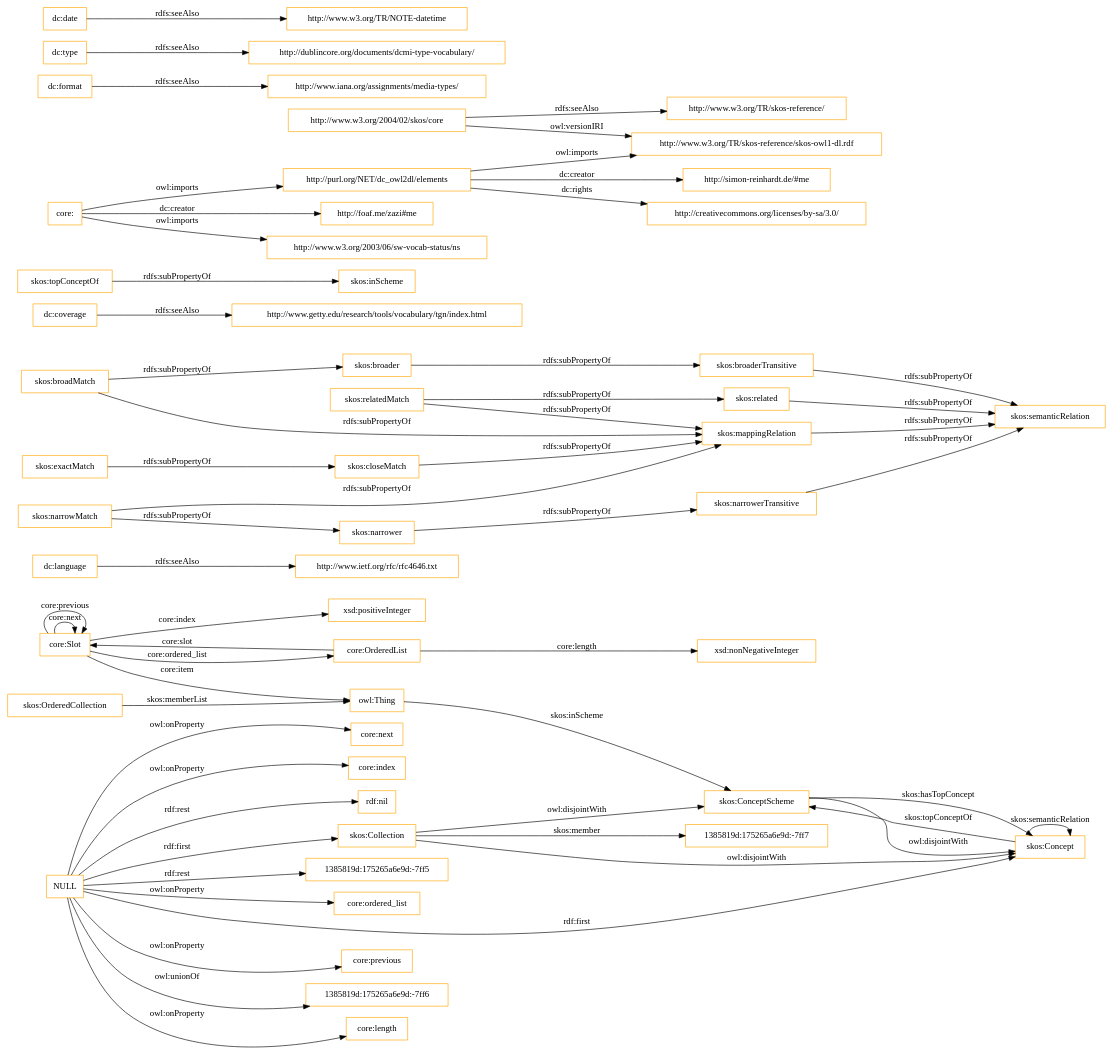
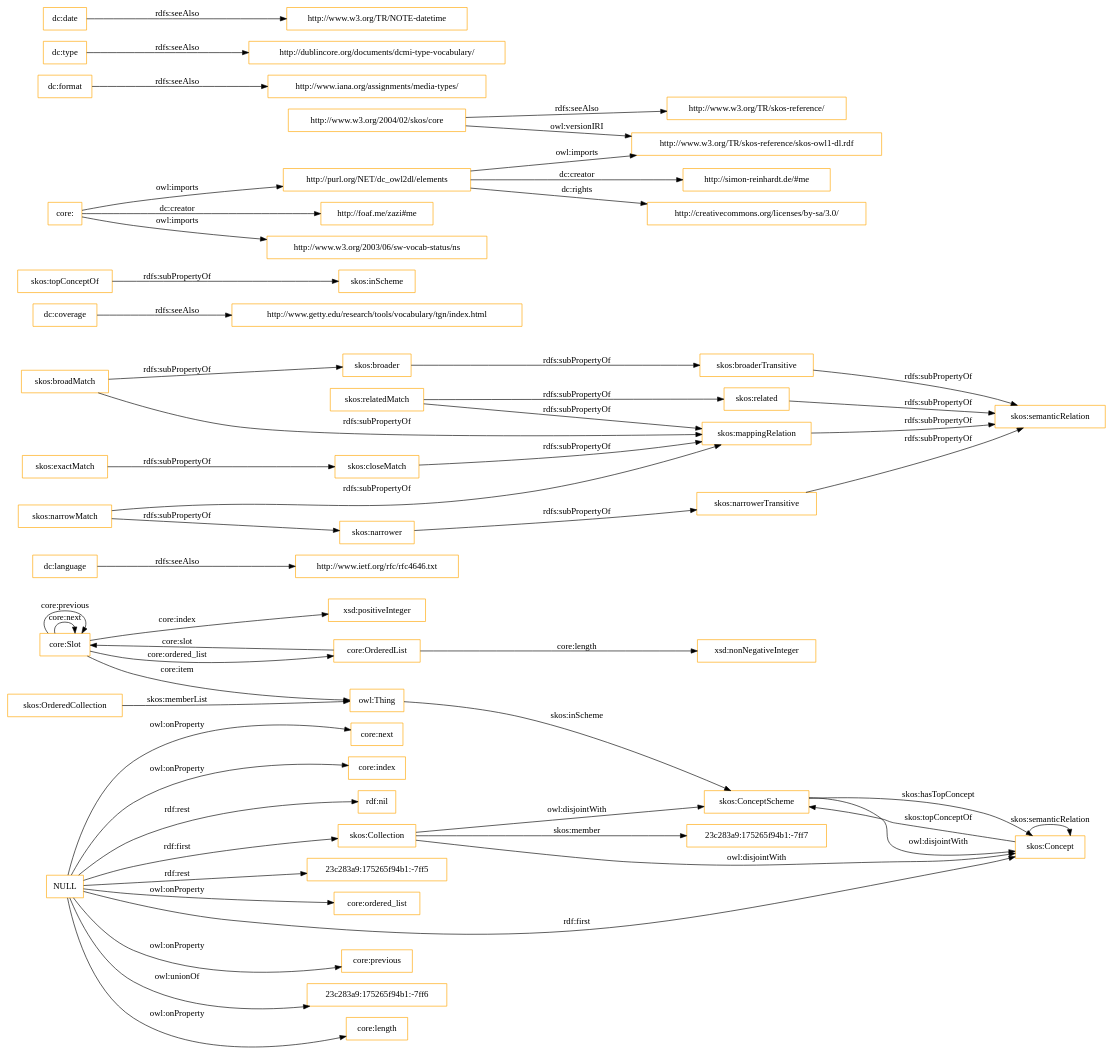
One commit to OnToologyUser/core-ontology-1 changed the diagram in OnToology/imports/core.owl/diagrams/ar2dtool-class/core.owl.png.dot. Above: the diagram before and after it, drawn with Graphviz. The commit also changed 14 other files, not shown here.

```diff
--- a/OnToology/imports/core.owl/diagrams/ar2dtool-class/core.owl.png.dot
+++ b/OnToology/imports/core.owl/diagrams/ar2dtool-class/core.owl.png.dot
@@ -1,60 +1,60 @@
 digraph ar2dtool_diagram { 
 rankdir=LR;
 size="1501"
-node [shape = rectangle, color="orange"]; "core:Slot" "core:OrderedList" "1385819d:175265a6e9d:-7ff7" "skos:OrderedCollection" "skos:Collection" "skos:ConceptScheme" "skos:Concept" ; /*classes style*/
+node [shape = rectangle, color="orange"]; "core:Slot" "core:OrderedList" "23c283a9:175265f94b1:-7ff7" "skos:OrderedCollection" "skos:Collection" "skos:ConceptScheme" "skos:Concept" ; /*classes style*/
 	"dc:language" -> "http://www.ietf.org/rfc/rfc4646.txt" [ label = "rdfs:seeAlso" ];
 	"NULL" -> "core:previous" [ label = "owl:onProperty" ];
-	"NULL" -> "1385819d:175265a6e9d:-7ff6" [ label = "owl:unionOf" ];
+	"NULL" -> "23c283a9:175265f94b1:-7ff6" [ label = "owl:unionOf" ];
 	"NULL" -> "core:length" [ label = "owl:onProperty" ];
 	"NULL" -> "skos:Concept" [ label = "rdf:first" ];
 	"NULL" -> "core:next" [ label = "owl:onProperty" ];
 	"NULL" -> "core:index" [ label = "owl:onProperty" ];
 	"NULL" -> "rdf:nil" [ label = "rdf:rest" ];
-	"NULL" -> "1385819d:175265a6e9d:-7ff5" [ label = "rdf:rest" ];
+	"NULL" -> "23c283a9:175265f94b1:-7ff5" [ label = "rdf:rest" ];
 	"NULL" -> "core:ordered_list" [ label = "owl:onProperty" ];
 	"NULL" -> "skos:Collection" [ label = "rdf:first" ];
 	"skos:closeMatch" -> "skos:mappingRelation" [ label = "rdfs:subPropertyOf" ];
 	"dc:coverage" -> "http://www.getty.edu/research/tools/vocabulary/tgn/index.html" [ label = "rdfs:seeAlso" ];
 	"skos:relatedMatch" -> "skos:related" [ label = "rdfs:subPropertyOf" ];
 	"skos:relatedMatch" -> "skos:mappingRelation" [ label = "rdfs:subPropertyOf" ];
 	"skos:ConceptScheme" -> "skos:Concept" [ label = "owl:disjointWith" ];
 	"skos:related" -> "skos:semanticRelation" [ label = "rdfs:subPropertyOf" ];
 	"skos:topConceptOf" -> "skos:inScheme" [ label = "rdfs:subPropertyOf" ];
 	"skos:broadMatch" -> "skos:broader" [ label = "rdfs:subPropertyOf" ];
 	"skos:broadMatch" -> "skos:mappingRelation" [ label = "rdfs:subPropertyOf" ];
 	"http://purl.org/NET/dc_owl2dl/elements" -> "http://www.w3.org/TR/skos-reference/skos-owl1-dl.rdf" [ label = "owl:imports" ];
 	"http://purl.org/NET/dc_owl2dl/elements" -> "http://creativecommons.org/licenses/by-sa/3.0/" [ label = "dc:rights" ];
 	"http://purl.org/NET/dc_owl2dl/elements" -> "http://simon-reinhardt.de/#me" [ label = "dc:creator" ];
 	"skos:exactMatch" -> "skos:closeMatch" [ label = "rdfs:subPropertyOf" ];
 	"dc:format" -> "http://www.iana.org/assignments/media-types/" [ label = "rdfs:seeAlso" ];
 	"core:" -> "http://foaf.me/zazi#me" [ label = "dc:creator" ];
 	"core:" -> "http://www.w3.org/2003/06/sw-vocab-status/ns" [ label = "owl:imports" ];
 	"core:" -> "http://purl.org/NET/dc_owl2dl/elements" [ label = "owl:imports" ];
 	"skos:broaderTransitive" -> "skos:semanticRelation" [ label = "rdfs:subPropertyOf" ];
 	"skos:mappingRelation" -> "skos:semanticRelation" [ label = "rdfs:subPropertyOf" ];
 	"skos:broader" -> "skos:broaderTransitive" [ label = "rdfs:subPropertyOf" ];
 	"dc:type" -> "http://dublincore.org/documents/dcmi-type-vocabulary/" [ label = "rdfs:seeAlso" ];
 	"http://www.w3.org/2004/02/skos/core" -> "http://www.w3.org/TR/skos-reference/skos-owl1-dl.rdf" [ label = "owl:versionIRI" ];
 	"http://www.w3.org/2004/02/skos/core" -> "http://www.w3.org/TR/skos-reference/" [ label = "rdfs:seeAlso" ];
 	"skos:Collection" -> "skos:ConceptScheme" [ label = "owl:disjointWith" ];
 	"skos:Collection" -> "skos:Concept" [ label = "owl:disjointWith" ];
 	"skos:narrowMatch" -> "skos:narrower" [ label = "rdfs:subPropertyOf" ];
 	"skos:narrowMatch" -> "skos:mappingRelation" [ label = "rdfs:subPropertyOf" ];
 	"skos:narrower" -> "skos:narrowerTransitive" [ label = "rdfs:subPropertyOf" ];
 	"dc:date" -> "http://www.w3.org/TR/NOTE-datetime" [ label = "rdfs:seeAlso" ];
 	"skos:narrowerTransitive" -> "skos:semanticRelation" [ label = "rdfs:subPropertyOf" ];
 	"core:Slot" -> "xsd:positiveInteger" [ label = "core:index" ];
 	"skos:Concept" -> "skos:ConceptScheme" [ label = "skos:topConceptOf" ];
 	"core:Slot" -> "owl:Thing" [ label = "core:item" ];
 	"core:OrderedList" -> "xsd:nonNegativeInteger" [ label = "core:length" ];
 	"core:OrderedList" -> "core:Slot" [ label = "core:slot" ];
-	"skos:Collection" -> "1385819d:175265a6e9d:-7ff7" [ label = "skos:member" ];
+	"skos:Collection" -> "23c283a9:175265f94b1:-7ff7" [ label = "skos:member" ];
 	"core:Slot" -> "core:Slot" [ label = "core:next" ];
 	"skos:ConceptScheme" -> "skos:Concept" [ label = "skos:hasTopConcept" ];
 	"owl:Thing" -> "skos:ConceptScheme" [ label = "skos:inScheme" ];
 	"core:Slot" -> "core:Slot" [ label = "core:previous" ];
 	"skos:OrderedCollection" -> "owl:Thing" [ label = "skos:memberList" ];
 	"skos:Concept" -> "skos:Concept" [ label = "skos:semanticRelation" ];
 	"core:Slot" -> "core:OrderedList" [ label = "core:ordered_list" ];
 
 }
```
